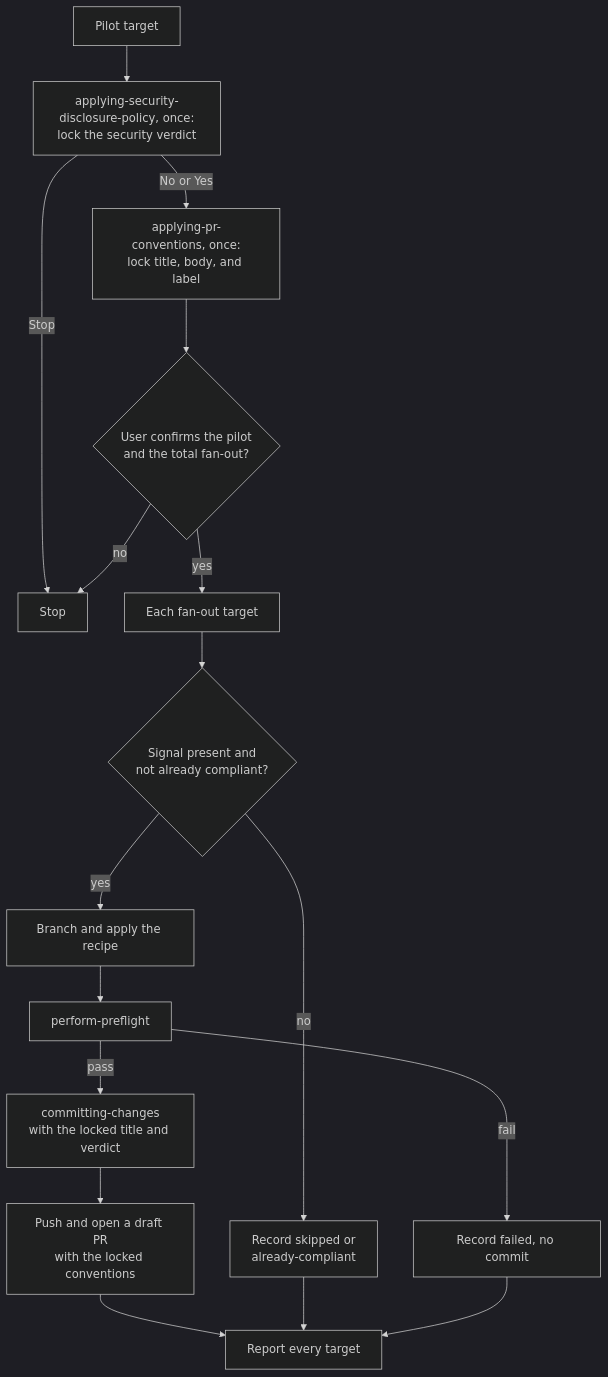
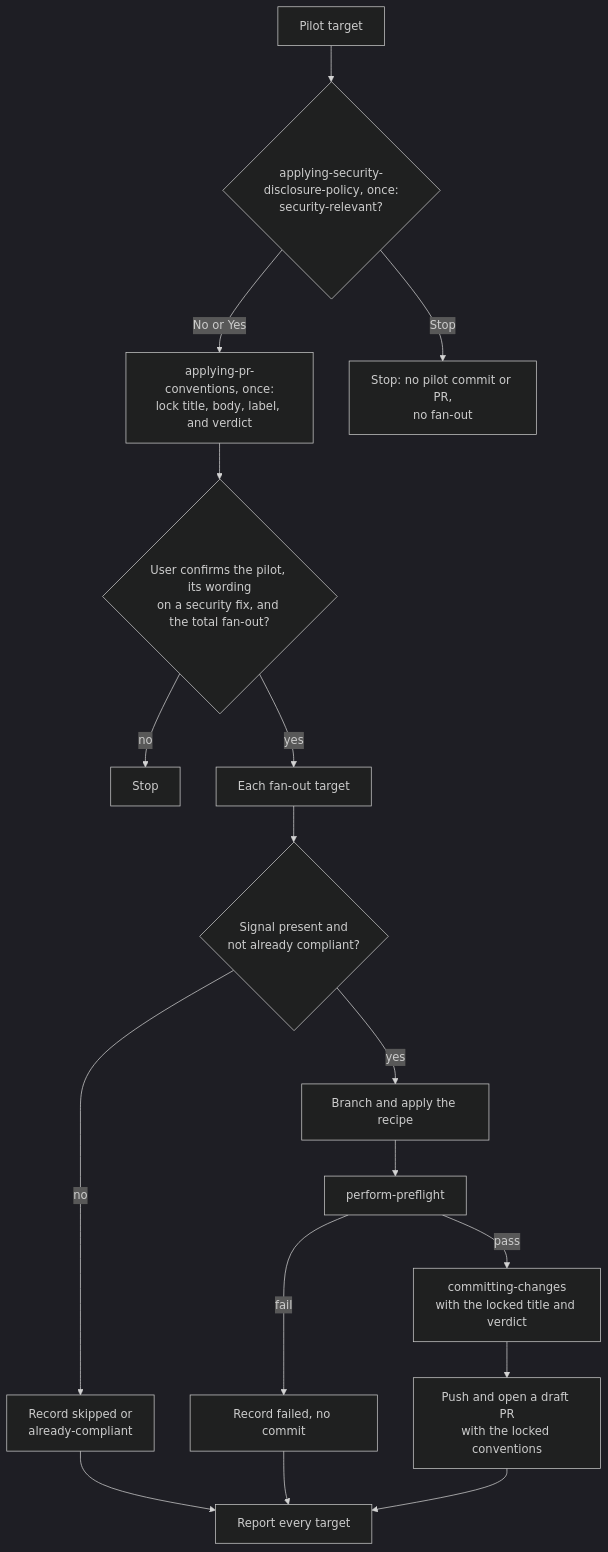
The third of 3 diagrams in plugins/bitwarden-delivery-tools/docs/commit-and-pr-flows.md (bitwarden/ai-plugins), drawn with Mermaid (dark theme) before and after one commit. The commit also changed other lines of this file and 13 other files, not shown here.

First line of the commit message:
Address review: per-commit push check, canonical policy source, eval run

````diff
--- a/plugins/bitwarden-delivery-tools/docs/commit-and-pr-flows.md
+++ b/plugins/bitwarden-delivery-tools/docs/commit-and-pr-flows.md
@@ -96,34 +108,35 @@
 ```mermaid
 graph TD
     pilot[Pilot target]
-    disclosure[applying-security-disclosure-policy, once:<br/>lock the security verdict]
-    conventions[applying-pr-conventions, once:<br/>lock title, body, and label]
-    confirm{User confirms the pilot<br/>and the total fan-out?}
+    disclosure{applying-security-disclosure-policy, once:<br/>security-relevant?}
+    policyStop[Stop: no pilot commit or PR,<br/>no fan-out]
+    conventions[applying-pr-conventions, once:<br/>lock title, body, label, and verdict]
+    confirm{User confirms the pilot, its wording<br/>on a security fix, and the total fan-out?}
     stop[Stop]
     target[Each fan-out target]
     applicable{Signal present and<br/>not already compliant?}
     skipped[Record skipped or<br/>already-compliant]
     apply[Branch and apply the recipe]
     preflight[perform-preflight]
     failed[Record failed, no commit]
     commit[committing-changes<br/>with the locked title and verdict]
     draft[Push and open a draft PR<br/>with the locked conventions]
     report[Report every target]
 
     pilot --> disclosure
     disclosure -->|No or Yes| conventions
-    disclosure -->|Stop| stop
+    disclosure -->|Stop| policyStop
     conventions --> confirm
     confirm -->|no| stop
     confirm -->|yes| target
     target --> applicable
     applicable -->|no| skipped
     applicable -->|yes| apply
     apply --> preflight
     preflight -->|fail| failed
     preflight -->|pass| commit
     commit --> draft
     draft --> report
     skipped --> report
     failed --> report
 ```
````
